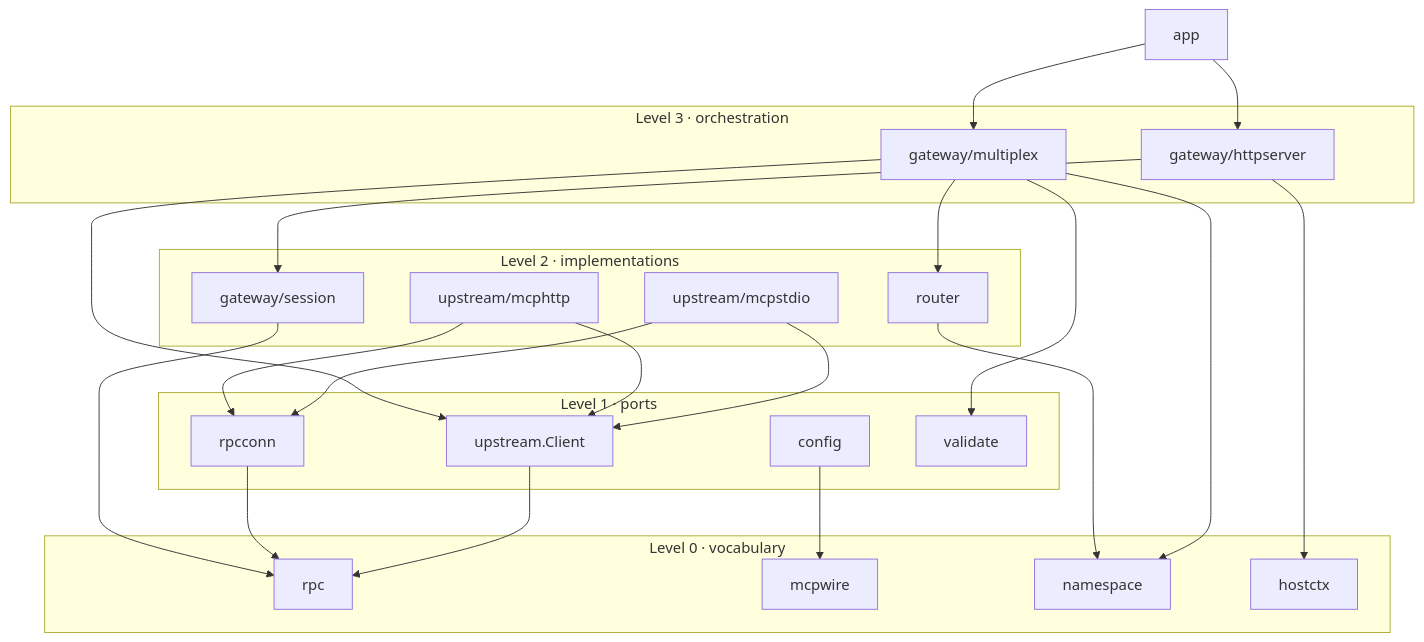
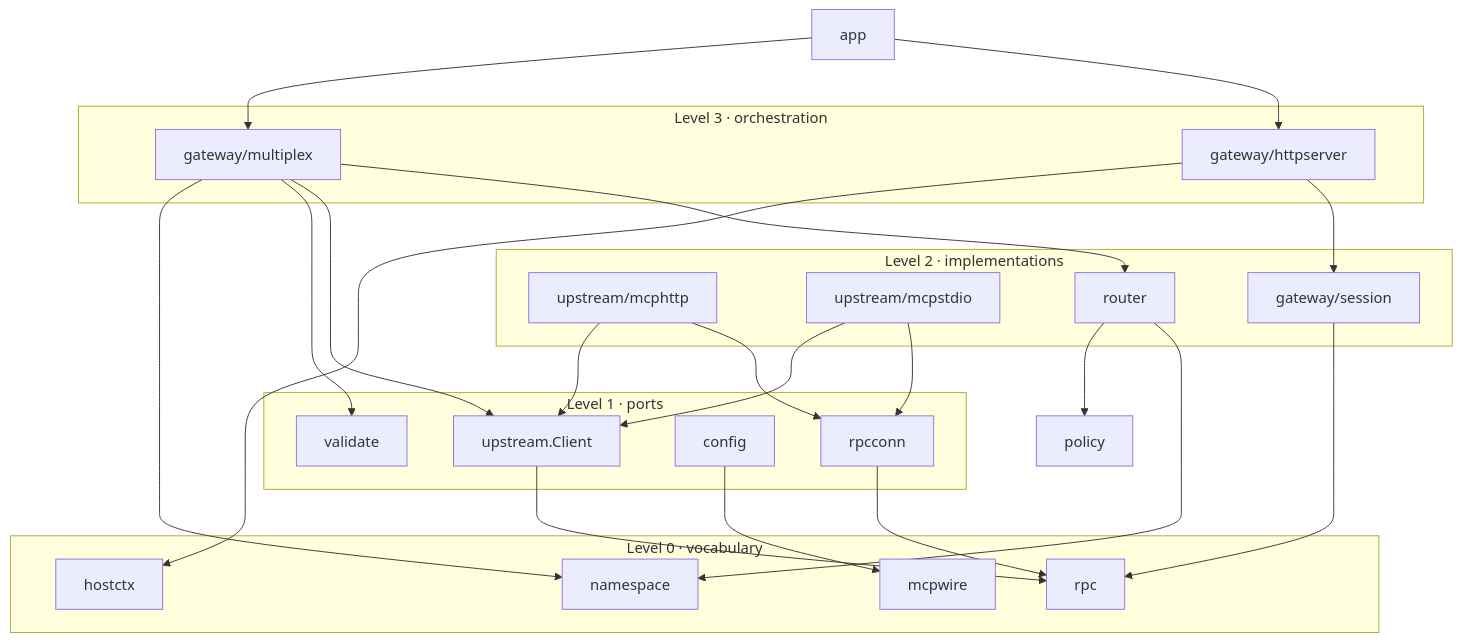
The first of 2 diagrams in docs/architecture/package-layers.md (KarmaXP/mcp-gateway), drawn with Mermaid before and after one commit. The commit also changed 25 other files, not shown here.

````diff
--- a/docs/architecture/package-layers.md
+++ b/docs/architecture/package-layers.md
@@ -29,42 +29,43 @@
 ```mermaid
 graph TD
   subgraph L0[Level 0 · vocabulary]
     rpc[rpc]
     mcpwire[mcpwire]
     namespace[namespace]
     hostctx[hostctx]
   end
   subgraph L1[Level 1 · ports]
     upstream[upstream.Client]
     rpcconn[rpcconn]
     config[config]
     validate[validate]
   end
   subgraph L2[Level 2 · implementations]
     mcphttp[upstream/mcphttp]
     mcpstdio[upstream/mcpstdio]
     session[gateway/session]
     router[router]
   end
   subgraph L3[Level 3 · orchestration]
     multiplex[gateway/multiplex]
     httpserver[gateway/httpserver]
   end
   app[app] --> httpserver
   app --> multiplex
   httpserver --> session
   multiplex --> router
   multiplex --> upstream
   multiplex --> validate
   session --> rpc
   mcphttp --> rpcconn
   mcpstdio --> rpcconn
   mcphttp --> upstream
   mcpstdio --> upstream
   rpcconn --> rpc
   upstream --> rpc
   router --> namespace
+  router --> policy
   multiplex --> namespace
   httpserver --> hostctx
   config --> mcpwire
 ```
````
